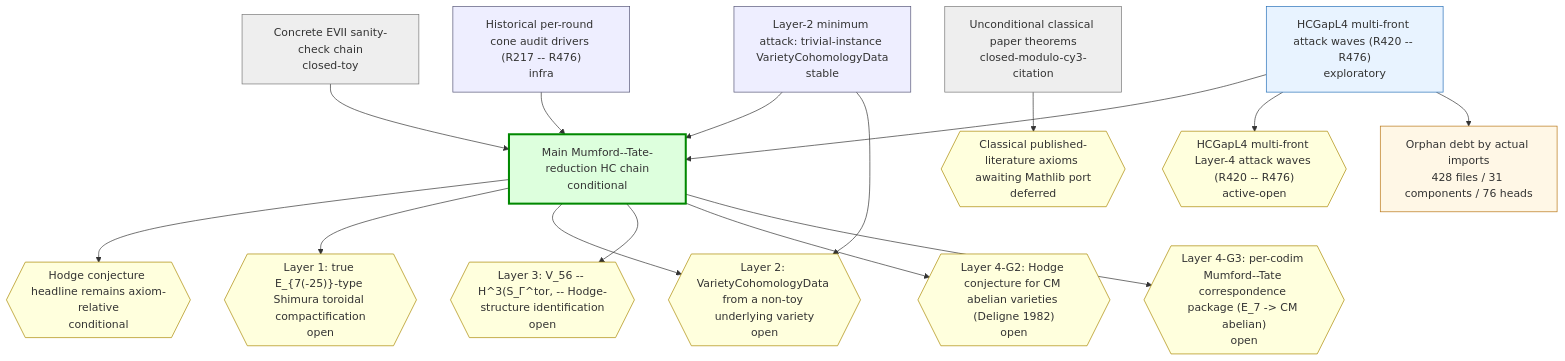
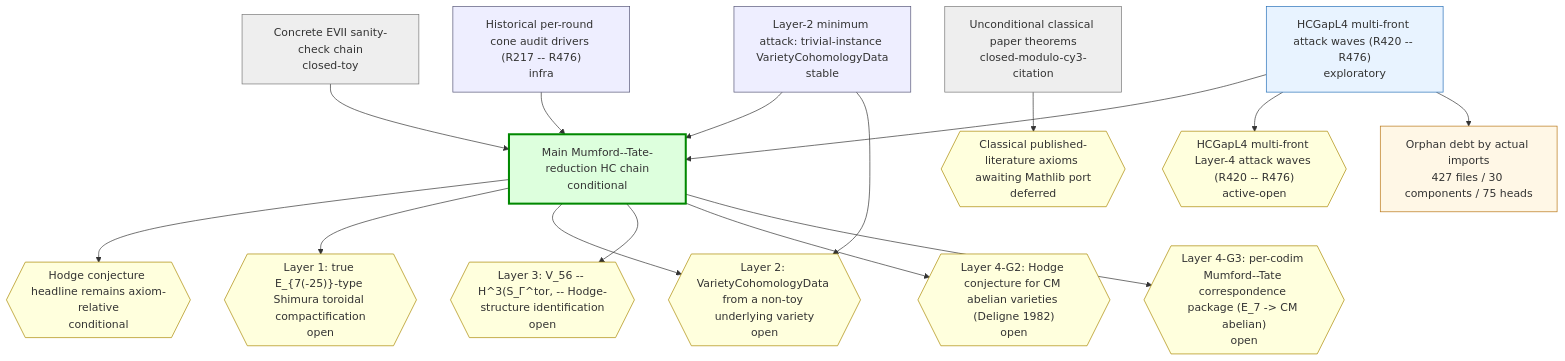
Before and after one commit to crabsatellite/hodge-conjecture-lean4-formalization: the first of 2 diagrams in chain-status/research-map.md, drawn with Mermaid. The commit also changed other lines of this file and 14 other files, not shown here.

````diff
--- a/chain-status/research-map.md
+++ b/chain-status/research-map.md
@@ -32,44 +33,44 @@
 ```mermaid
 graph TD
   classDef main fill:#dfd,stroke:#080,stroke-width:3px
   classDef active fill:#e8f3ff,stroke:#2670b8
   classDef support fill:#eef,stroke:#557
   classDef closed fill:#eee,stroke:#777
   classDef dead fill:#fdd,stroke:#a00,stroke-width:2px
   classDef gapOpen fill:#ffd,stroke:#a80
   classDef gapClosed fill:#eee,stroke:#777
   classDef gapDead fill:#fdd,stroke:#a00
   classDef debt fill:#fff7e6,stroke:#b87514
   classDef debtTaxonomy fill:#e8f3ff,stroke:#2670b8,stroke-dasharray:3 3
   classDef debtRule fill:#eefbea,stroke:#398439,stroke-dasharray:3 3
   classDef debtDead fill:#fdd,stroke:#a00,stroke-dasharray:3 3
   chain_main_hc_axiom_relative["Main Mumford--Tate-reduction HC chain\nconditional"]:::main
   chain_unconditional_classical["Unconditional classical paper theorems\nclosed-modulo-cy3-citation"]:::closed
   chain_hcgap_l2_trivial_instances["Layer-2 minimum attack: trivial-instance VarietyCohomologyData\nstable"]:::support
   chain_hcgap_l4_multifront_active["HCGapL4 multi-front attack waves (R420 -- R476)\nexploratory"]:::active
   chain_concrete_evii_toy["Concrete EVII sanity-check chain\nclosed-toy"]:::closed
   chain_historical_cone_audits["Historical per-round cone audit drivers (R217 -- R476)\ninfra"]:::support
   gap_G_main_hc{{"Hodge conjecture headline remains axiom-relative\nconditional"}}:::gapOpen
   gap_G_l1_e7_shimura_tor{{"Layer 1: true E_{7(-25)}-type Shimura toroidal compactification\nopen"}}:::gapOpen
   gap_G_l2_cohomology_construction{{"Layer 2: VarietyCohomologyData from a non-toy underlying variety\nopen"}}:::gapOpen
   gap_G_l3_v56_mt_identification{{"Layer 3: V_56 -- H^3(S_Γ^tor, -- Hodge-structure identification\nopen"}}:::gapOpen
   gap_G_l4_cm_abelian_hc{{"Layer 4-G2: Hodge conjecture for CM abelian varieties (Deligne 1982)\nopen"}}:::gapOpen
   gap_G_l4_mt_correspondence{{"Layer 4-G3: per-codim Mumford--Tate correspondence package (E_7 -> CM abelian)\nopen"}}:::gapOpen
   gap_G_classical_mathlib_port{{"Classical published-literature axioms awaiting Mathlib port\ndeferred"}}:::gapOpen
   gap_G_hcgap_l4_multifront{{"HCGapL4 multi-front Layer-4 attack waves (R420 -- R476)\nactive-open"}}:::gapOpen
   chain_main_hc_axiom_relative --> gap_G_main_hc
   chain_main_hc_axiom_relative --> gap_G_l1_e7_shimura_tor
   chain_main_hc_axiom_relative --> gap_G_l2_cohomology_construction
   chain_main_hc_axiom_relative --> gap_G_l3_v56_mt_identification
   chain_main_hc_axiom_relative --> gap_G_l4_cm_abelian_hc
   chain_main_hc_axiom_relative --> gap_G_l4_mt_correspondence
   chain_unconditional_classical --> gap_G_classical_mathlib_port
   chain_hcgap_l2_trivial_instances --> chain_main_hc_axiom_relative
   chain_hcgap_l2_trivial_instances --> gap_G_l2_cohomology_construction
   chain_hcgap_l4_multifront_active --> chain_main_hc_axiom_relative
   chain_hcgap_l4_multifront_active --> gap_G_hcgap_l4_multifront
   chain_concrete_evii_toy --> chain_main_hc_axiom_relative
   chain_historical_cone_audits --> chain_main_hc_axiom_relative
-  debt_all["Orphan debt by actual imports\n428 files / 31 components / 76 heads"]:::debt
+  debt_all["Orphan debt by actual imports\n427 files / 30 components / 75 heads"]:::debt
   chain_hcgap_l4_multifront_active --> debt_all
 ```
````
